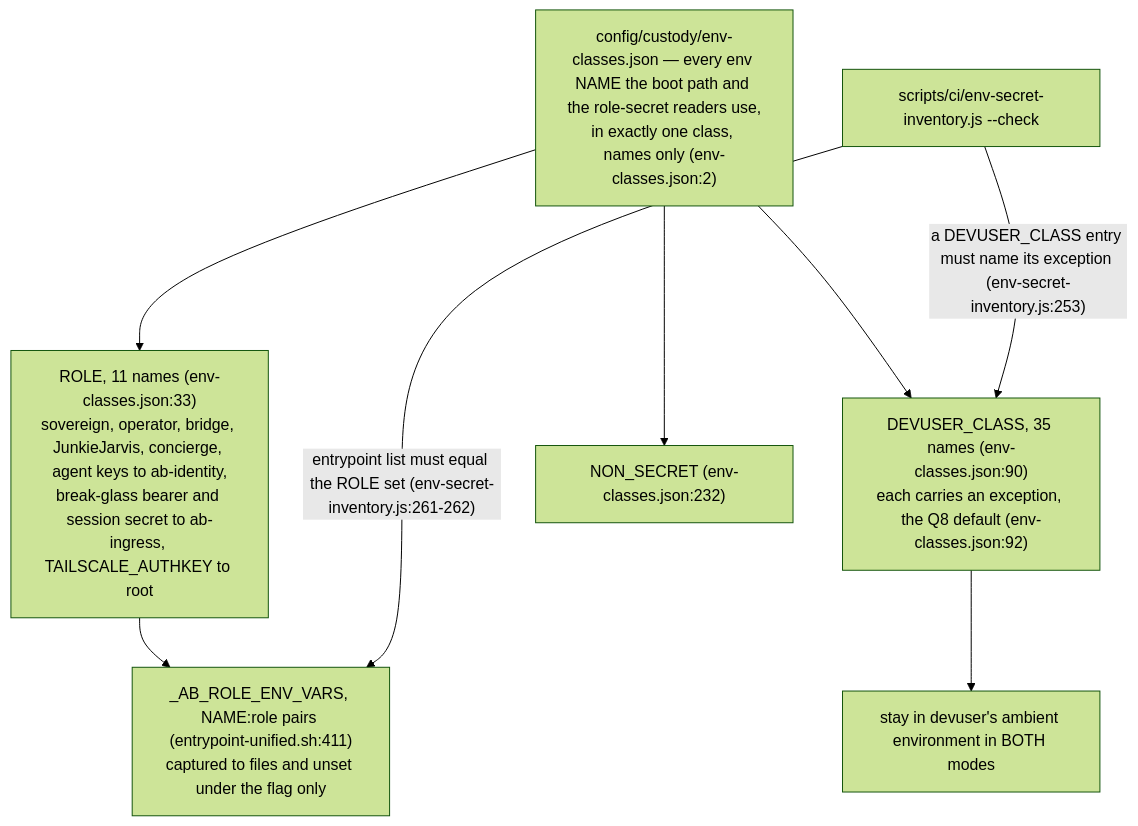
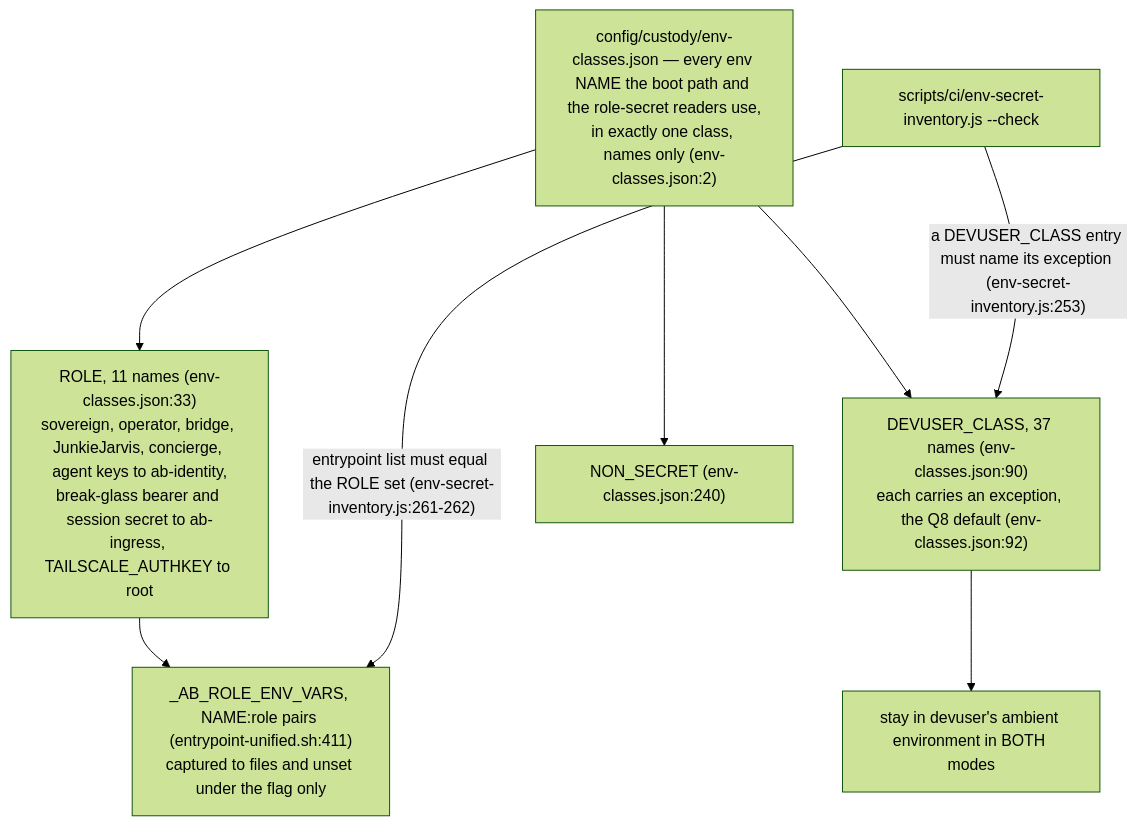
One commit to DreamLab-AI/VisionFlow changed the sixth of 7 diagrams in docs/diagrams/agentbox/36-role-isolation-and-identity-port.md. Above: the diagram before and after it, drawn with Mermaid (forest theme). The commit also changed other lines of this file and 80 other files, not shown here.

First line of the commit message:
docs(diagrams): re-verify the agentbox, dreamlab, estate and visionflow corpus against current sources

````diff
--- a/docs/diagrams/agentbox/36-role-isolation-and-identity-port.md
+++ b/docs/diagrams/agentbox/36-role-isolation-and-identity-port.md
@@ -213,12 +211,12 @@
 ```mermaid
 flowchart TB
     TAB["config/custody/env-classes.json — every env NAME the boot path and the role-secret readers use,<br/>in exactly one class, names only (env-classes.json:2)"]
     TAB --> ROLE["ROLE, 11 names (env-classes.json:33)<br/>sovereign, operator, bridge, JunkieJarvis, concierge, agent keys to ab-identity,<br/>break-glass bearer and session secret to ab-ingress, TAILSCALE_AUTHKEY to root"]
-    TAB --> DC["DEVUSER_CLASS, 35 names (env-classes.json:90)<br/>each carries an exception, the Q8 default (env-classes.json:92)"]
-    TAB --> NS["NON_SECRET (env-classes.json:232)"]
+    TAB --> DC["DEVUSER_CLASS, 37 names (env-classes.json:90)<br/>each carries an exception, the Q8 default (env-classes.json:92)"]
+    TAB --> NS["NON_SECRET (env-classes.json:240)"]
     ROLE --> EP["_AB_ROLE_ENV_VARS, NAME:role pairs (entrypoint-unified.sh:411)<br/>captured to files and unset under the flag only"]
     DC --> STAY["stay in devuser's ambient environment in BOTH modes"]
     CI["scripts/ci/env-secret-inventory.js --check"]
     CI -->|"entrypoint list must equal the ROLE set (env-secret-inventory.js:261-262)"| EP
     CI -->|"a DEVUSER_CLASS entry must name its exception (env-secret-inventory.js:253)"| DC
 ```
````
